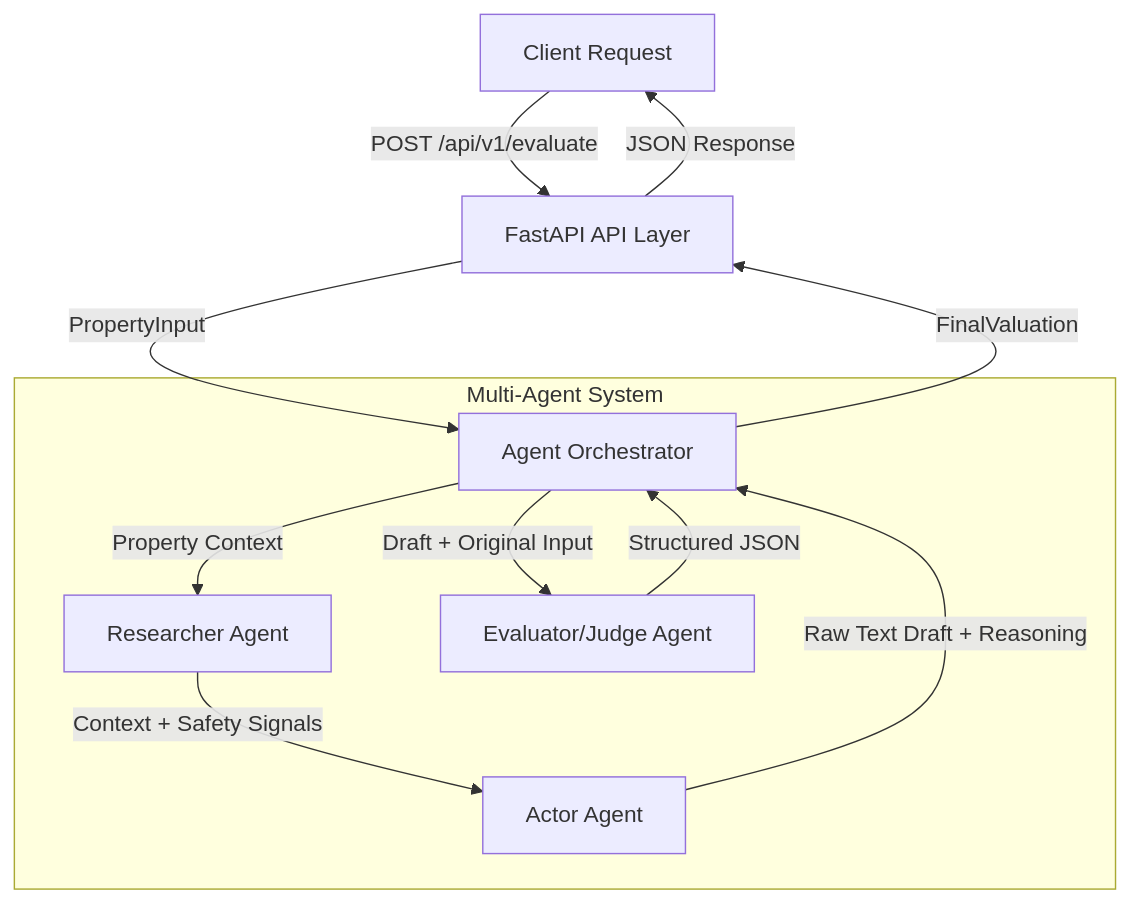
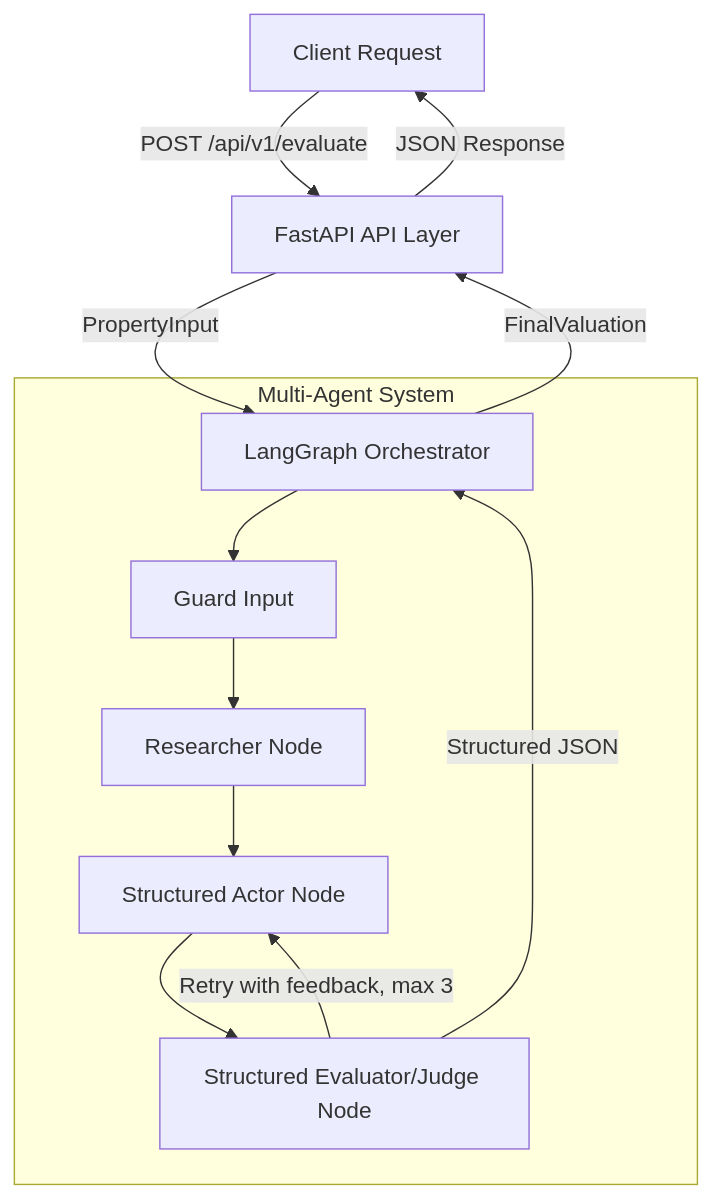
The diagram in readme.md (R123456-123/oracle-flow), drawn with Mermaid before and after one commit. The commit also changed other lines of this file and 43 other files, not shown here.

Commit message:
Phase 0 + 1: re-architecturing

````diff
--- a/readme.md
+++ b/readme.md
@@ -13,16 +13,17 @@
 ```mermaid
 graph TD
     Client[Client Request] -->|POST /api/v1/evaluate| API[FastAPI API Layer]
-    API -->|PropertyInput| Orchestrator[Agent Orchestrator]
+    API -->|PropertyInput| Orchestrator[LangGraph Orchestrator]
 
     subgraph Multi-Agent System
-        Orchestrator -->|Property Context| Researcher[Researcher Agent]
-        Researcher -->|Context + Safety Signals| Actor[Actor Agent]
-        Actor -->|Raw Text Draft + Reasoning| Orchestrator
-        Orchestrator -->|Draft + Original Input| Evaluator[Evaluator/Judge Agent]
+        Orchestrator --> Guard[Guard Input]
+        Guard --> Researcher[Researcher Node]
+        Researcher --> Actor[Structured Actor Node]
+        Actor --> Evaluator[Structured Evaluator/Judge Node]
+        Evaluator -->|Retry with feedback, max 3| Actor
     end
 
     Evaluator -->|Structured JSON| Orchestrator
     Orchestrator -->|FinalValuation| API
     API -->|JSON Response| Client
 ```
````
